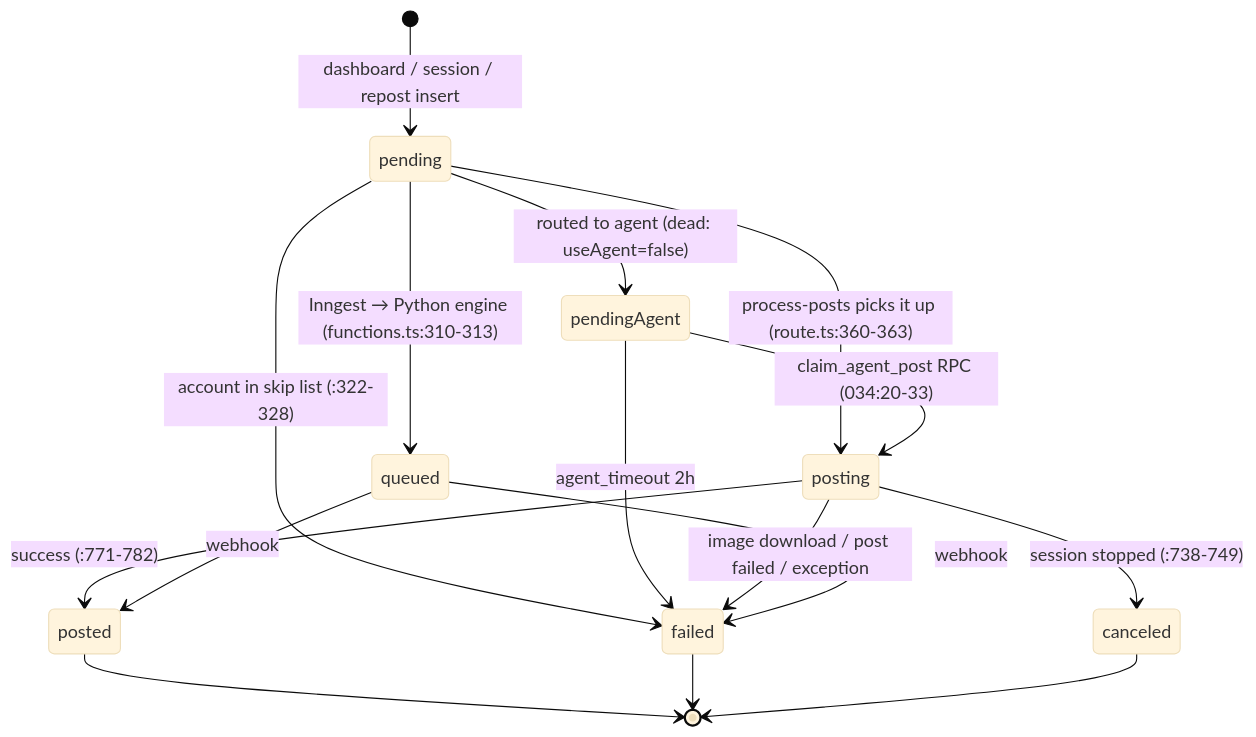
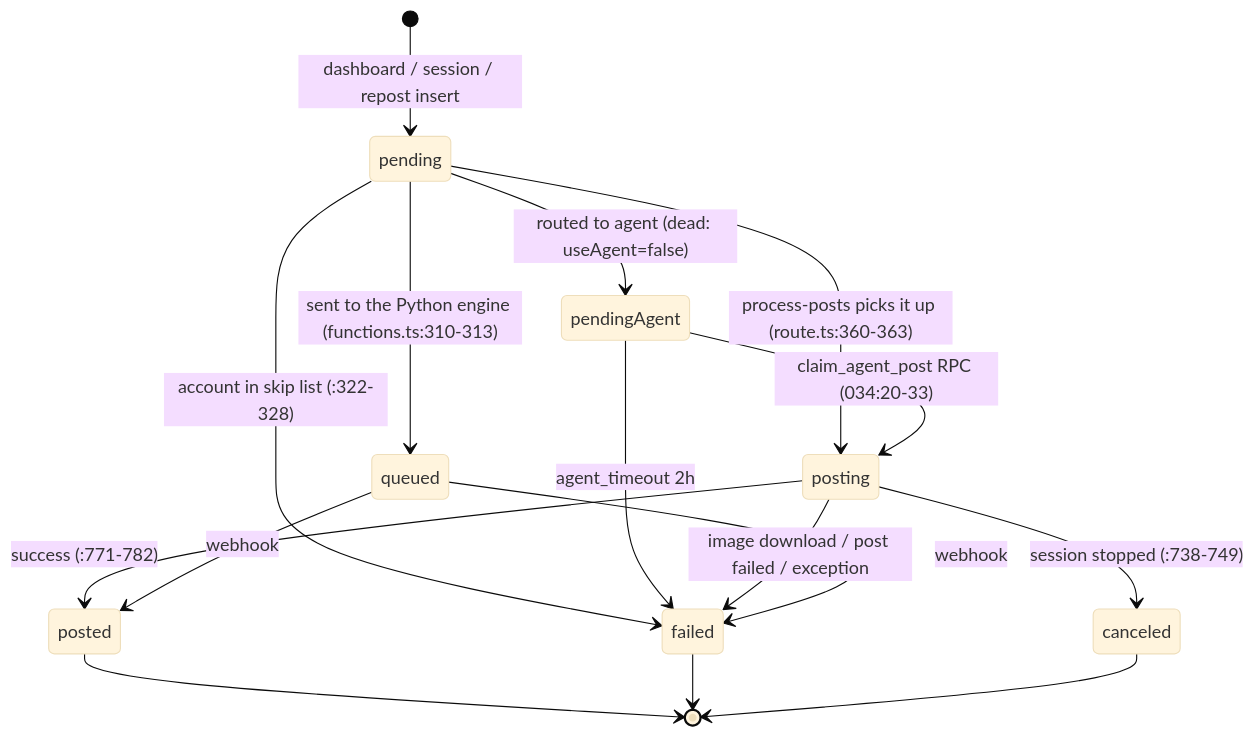
One commit to matthewdonsemail-lab/log changed the second of 3 diagrams in docs/listingPublish/stateMachine.md. Above: the diagram before and after it, drawn with Mermaid (base theme). The commit also changed other lines of this file and 53 other files, not shown here.

````diff
--- a/docs/listingPublish/stateMachine.md
+++ b/docs/listingPublish/stateMachine.md
@@ -63,18 +52,18 @@
 ```mermaid
 stateDiagram-v2
   [*] --> pending: dashboard / session / repost insert
   pending --> posting: process-posts picks it up (route.ts:360-363)
   pending --> failed: account in skip list (:322-328)
-  pending --> queued: Inngest → Python engine (functions.ts:310-313)
+  pending --> queued: sent to the Python engine (functions.ts:310-313)
   pending --> pendingAgent: routed to agent (dead: useAgent=false)
   pendingAgent --> posting: claim_agent_post RPC (034:20-33)
   pendingAgent --> failed: agent_timeout 2h
   posting --> posted: success (:771-782)
   posting --> failed: image download / post failed / exception
   posting --> canceled: session stopped (:738-749)
   queued --> posted: webhook
   queued --> failed: webhook
   posted --> [*]
   failed --> [*]
   canceled --> [*]
 ```
````
